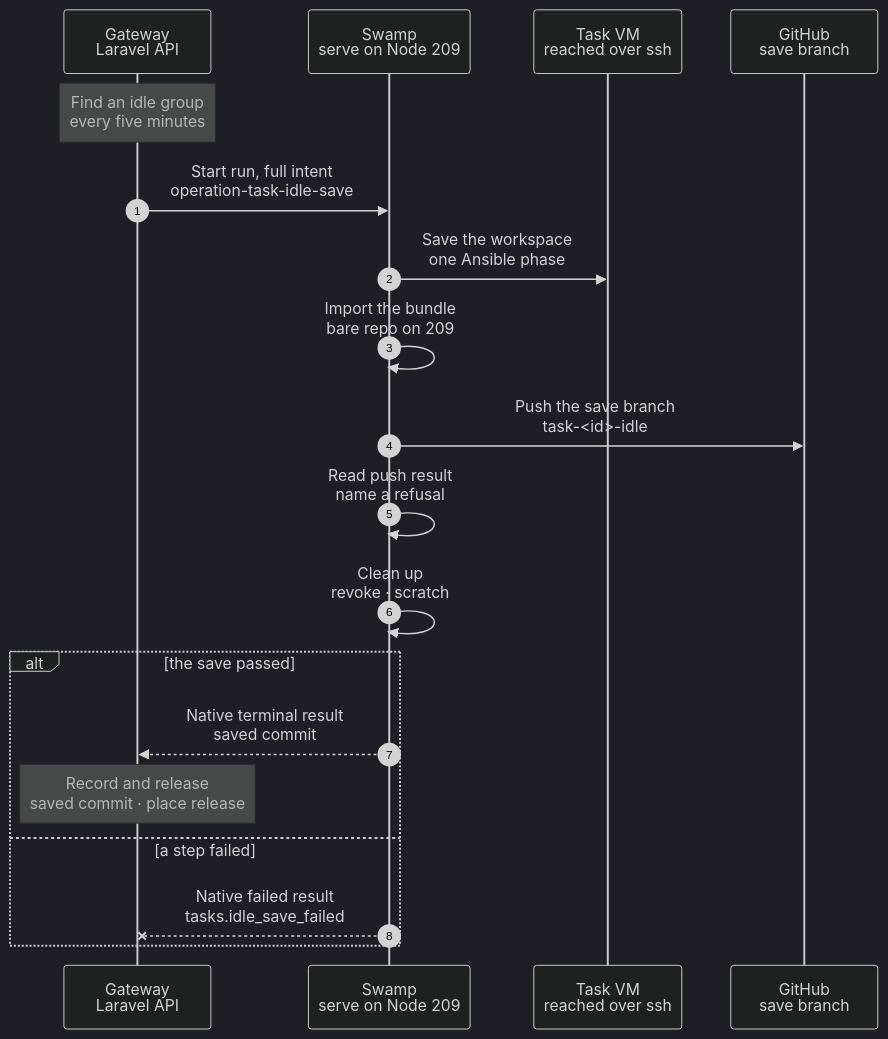
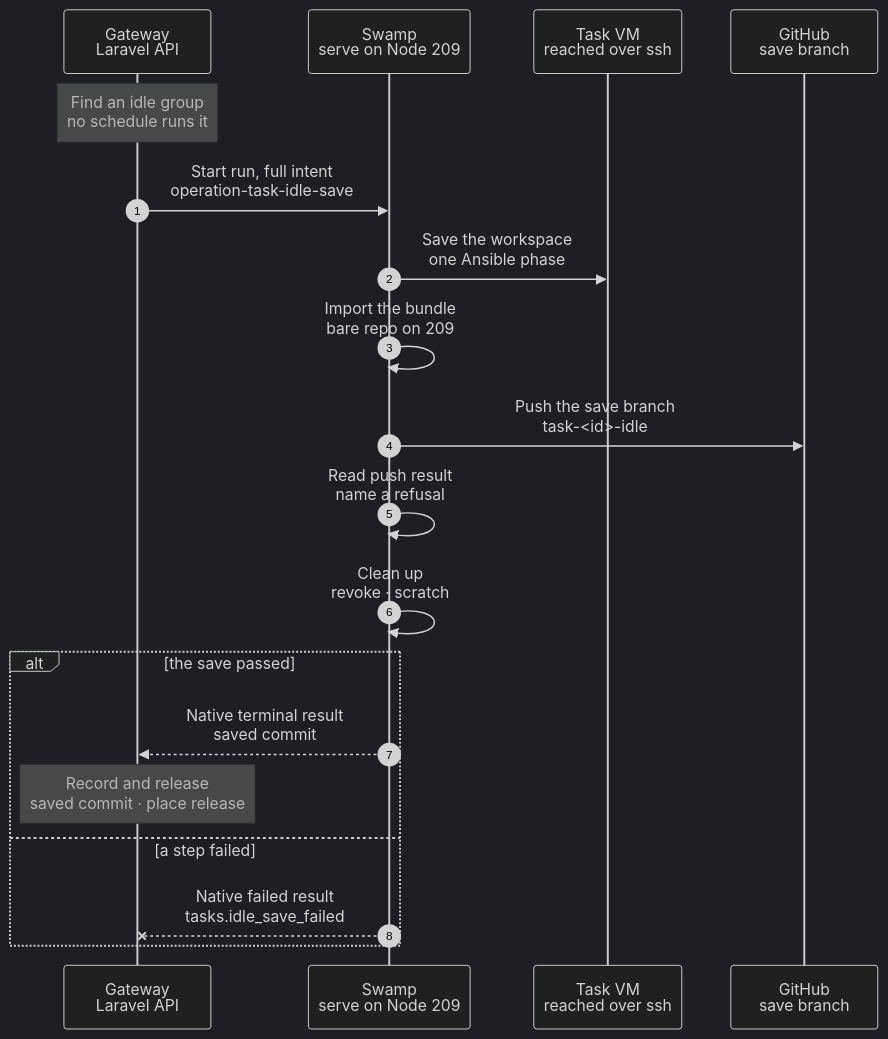
Before and after one commit to hardimpactdev/orbit: the diagram in docs/cli/task/idle-save.mmd, drawn with Mermaid (dark theme). The commit also changed 58 other files, not shown here.

First line of the commit message:
refactor(tasks): refuse the task VM runtime by name and remove its admission (step 5, S2) (#3807)

```diff
--- a/docs/cli/task/idle-save.mmd
+++ b/docs/cli/task/idle-save.mmd
@@ -1,60 +1,60 @@
 sequenceDiagram
   %% Target design (Nick 2026-11-09, PR #3288): an idle release never loses work. Before the VM of an idle group goes, its workspace is saved to origin, and the next claim continues from that save.
   %% status: draft
   %% command: none · the idle release of a task VM
   %% kind: tasks.idle_save
   autonumber
   %% lane GW icon=gateway pill=intent tone=blue
   %% lane SW icon=workflow pill=executes tone=green
   %% lane VM icon=terminal pill=target tone=amber
   %% lane GH icon=server pill=target tone=purple
   participant GW as Gateway<br/>Laravel API
   participant SW as Swamp<br/>serve on Node 209
   participant VM as Task VM<br/>reached over ssh
   participant GH as GitHub<br/>save branch
-  Note over GW: Find an idle group<br/>every five minutes
+  Note over GW: Find an idle group<br/>no schedule runs it
   %%> Who calls it:
-  %%> - the Gateway job `ReleaseIdleTaskVms`, every five minutes; there is no command, route or MCP tool
+  %%> - the idle release of a task VM; since task VMs are removed (docs/reference/tasks.md#task-runtime) no schedule runs it, and there is no command, route or MCP tool
   %%> Requirements:
   %%> - an open group whose task-pool VM is `ready`, with no open Operation on the group or on the VM, and no Operation other than an earlier idle save for 30 minutes
   %%> - fewer than three failed idle saves in a row since the group's last other Operation
   %%> - origin has the task branch `task-<id>`, and it reaches the group's latest approved commit
   %%> - a `parked` VM gets its resume admitted instead; the next pass saves it once it runs
   %%> What it does:
   %%> - locks the group and the VM, asks again, and admits one `tasks.idle_save` run that holds the group
   %%> - names two `task-publish-token-<uuid>` vault keys for the token and the Git authorization header; it mints no value at admission
   GW->>SW: Start run, full intent<br/>operation-task-idle-save
   SW->>VM: Save the workspace<br/>one Ansible phase
   %%> What it does:
   %%> - `swamp/ansible/task-vm-idle-save.yml`, run from Node 209 over the VM's pinned host key: reads `git status --porcelain`; only when it lists changes, `git add --all` and one commit `Save the idle workspace` by Orbit, without hooks; checks the workspace is clean; bundles HEAD and fetches the bundle into the run folder
   %%> - a clean workspace keeps its HEAD; no empty commit is made
   %%> - any failed task fails the phase, so nothing is pushed
   %%> - files that `.gitignore` excludes, stashes, other branches and the Pi session are not saved
   SW->>SW: Import the bundle<br/>bare repo on 209
   %%> What it does:
   %%> - imports the bundle into a bare repository in the run folder and reads the saved commit
   SW->>GH: Push the save branch<br/>task-<id>-idle
   %%> What it does:
   %%> - mints a push token with `contents: write` only through `task-github-mint` (purpose `publish`) when the step runs; no credential reaches the VM
   %%> - pushes the saved commit to `refs/heads/task-<id>-idle` with force: the branch belongs to this group and holds only its latest save
   %%> - GitHub runs the push workflows a pushed commit defines; without `workflows: write` it refuses a save that adds or changes one, which `Read push result` names `tasks.workflows_permission`
   %%> - the workflows on `main` push only for `main` and `task-*-handoff`, and the rulesets cover only `main`
   SW->>SW: Read push result<br/>name a refusal
   SW->>SW: Clean up<br/>revoke · scratch
   alt the save passed
     SW-->>GW: Native terminal result<br/>saved commit
     Note over GW: Record and release<br/>saved commit · place release
     %%> What it does:
     %%> - records the saved commit on the group, which keeps its status
     %%> - admits the release of the VM (`docs/cli/task/vm-release.mmd`) when the VM is still the group's and no Operation, such as a resume, is open on it
     %%> Later:
     %%> - a turn or a prep fix claims a fresh place at the saved commit when that holds the task branch head; a review round or a build refuses with `tasks.idle_save_pending` while the save holds work beyond its head
     %%> - a task branch that holds the save restores the branch; one that moved away refuses with `tasks.idle_save_diverged`, so the next save cannot overwrite it; an unreadable comparison refuses with `tasks.idle_save_unreadable`; a deleted save branch is no save once the task branch holds its commit, and otherwise refuses with `tasks.idle_save_missing`, whose message names the commit to push back
   else a step failed
     SW--xGW: Native failed result<br/>tasks.idle_save_failed
     %%> Result:
     %%> - the VM stays and holds its place; nothing is released
     %%> - the failed save is no activity of the group, so the next pass saves again
     %%> - after three saves in a row that fail, are cancelled or are interrupted the idle release stops for the group, which asks for `failure` assistance; a `tasks.workflows_permission` refusal stops it at once; the driver's next Operation starts the count again
     %%> - a run that reports success without a saved commit is a failed save
   end
```
